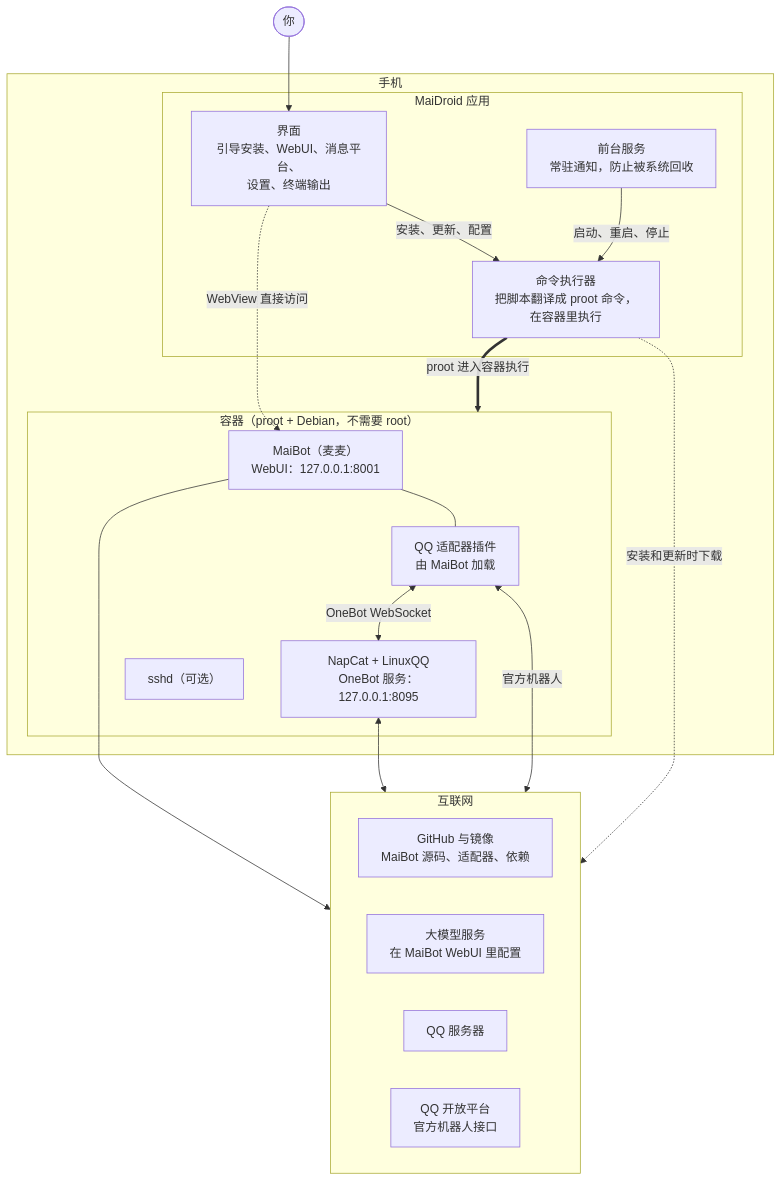
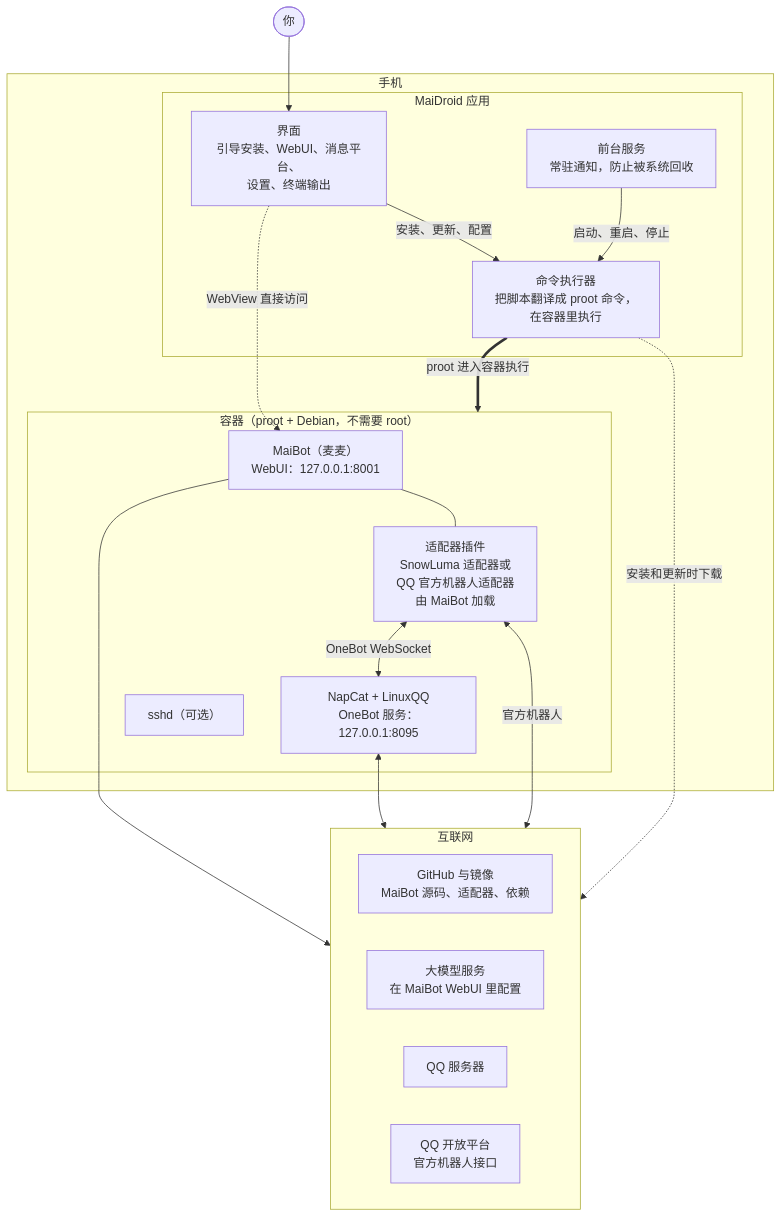
The first of 3 diagrams in README.md (Mai-with-u/MaiDroid), drawn with Mermaid before and after one commit. The commit also changed other lines of this file and 7 other files, not shown here.

````diff
--- a/README.md
+++ b/README.md
@@ -47,40 +47,40 @@
 ```mermaid
 flowchart TB
     You(["你"])
 
     subgraph Phone["手机"]
         subgraph App["MaiDroid 应用"]
             UI["界面<br/>引导安装、WebUI、消息平台、<br/>设置、终端输出"]
             Svc["前台服务<br/>常驻通知，防止被系统回收"]
             Runner["命令执行器<br/>把脚本翻译成 proot 命令，<br/>在容器里执行"]
         end
 
         subgraph Box["容器（proot + Debian，不需要 root）"]
             MaiBot["MaiBot（麦麦）<br/>WebUI：127.0.0.1:8001"]
-            Adapter["QQ 适配器插件<br/>由 MaiBot 加载"]
+            Adapter["适配器插件<br/>SnowLuma 适配器或<br/>QQ 官方机器人适配器<br/>由 MaiBot 加载"]
             NapCat["NapCat + LinuxQQ<br/>OneBot 服务：127.0.0.1:8095"]
             Sshd["sshd（可选）"]
         end
     end
 
     subgraph Net["互联网"]
         direction LR
         Mirror["GitHub 与镜像<br/>MaiBot 源码、适配器、依赖"]
         LLM["大模型服务<br/>在 MaiBot WebUI 里配置"]
         QQ["QQ 服务器"]
         QQBot["QQ 开放平台<br/>官方机器人接口"]
     end
 
     You --> UI
     UI -->|"安装、更新、配置"| Runner
     Svc -->|"启动、重启、停止"| Runner
     Runner ==>|"proot 进入容器执行"| Box
     UI -.->|"WebView 直接访问"| MaiBot
 
     MaiBot --- Adapter
     Adapter <-->|"OneBot WebSocket"| NapCat
     MaiBot --> LLM
     NapCat <--> QQ
     Adapter <-->|"官方机器人"| QQBot
     Runner -.->|"安装和更新时下载"| Mirror
 ```
````
